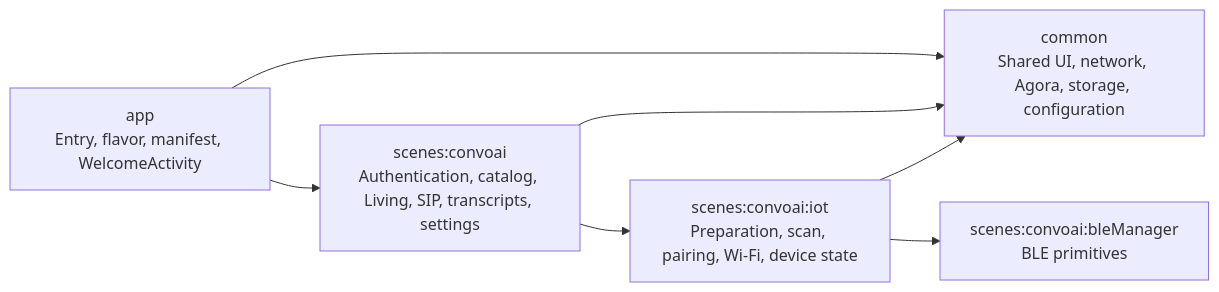
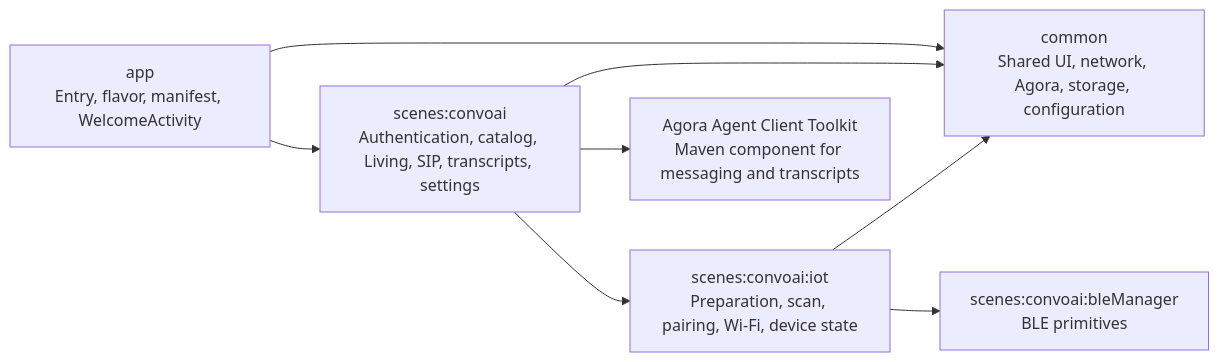
One commit to AgoraIO-Community/Conversational-AI-Demo changed the first of 6 diagrams in Android/ARCHITECTURE.md. Above: the diagram before and after it, drawn with Mermaid. The commit also changed other lines of this file and 24 other files, not shown here.

First line of the commit message:
refactor(android): adopt agent client toolkit

````diff
--- a/Android/ARCHITECTURE.md
+++ b/Android/ARCHITECTURE.md
@@ -20,9 +20,10 @@
 ```mermaid
 flowchart LR
   app["app\nEntry, flavor, manifest, WelcomeActivity"] --> common["common\nShared UI, network, Agora, storage, configuration"]
   app --> convo["scenes:convoai\nAuthentication, catalog, Living, SIP, transcripts, settings"]
   convo --> common
+  convo --> toolkit["Agora Agent Client Toolkit\nMaven component for messaging and transcripts"]
   convo --> iot["scenes:convoai:iot\nPreparation, scan, pairing, Wi-Fi, device state"]
   iot --> common
   iot --> ble["scenes:convoai:bleManager\nBLE primitives"]
 ```
````
